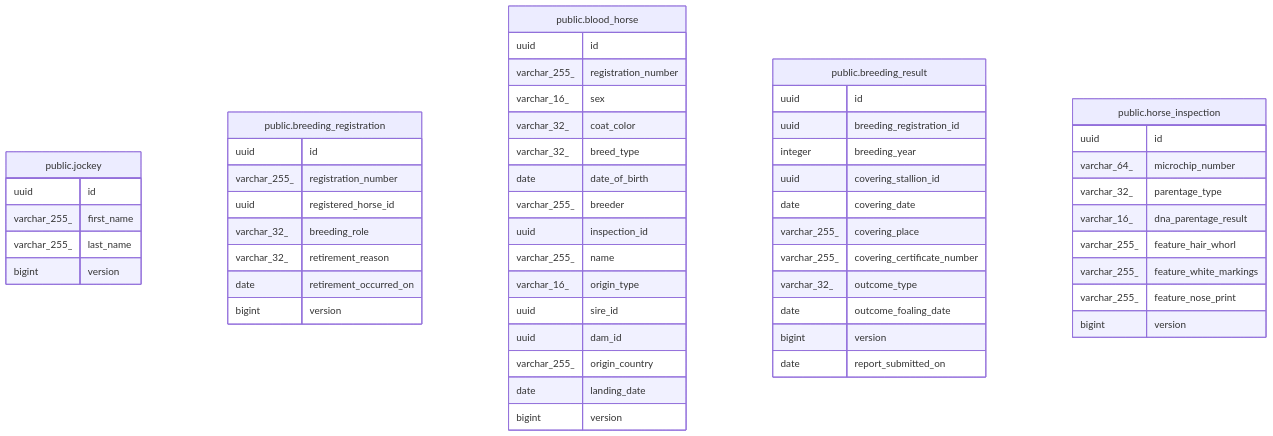
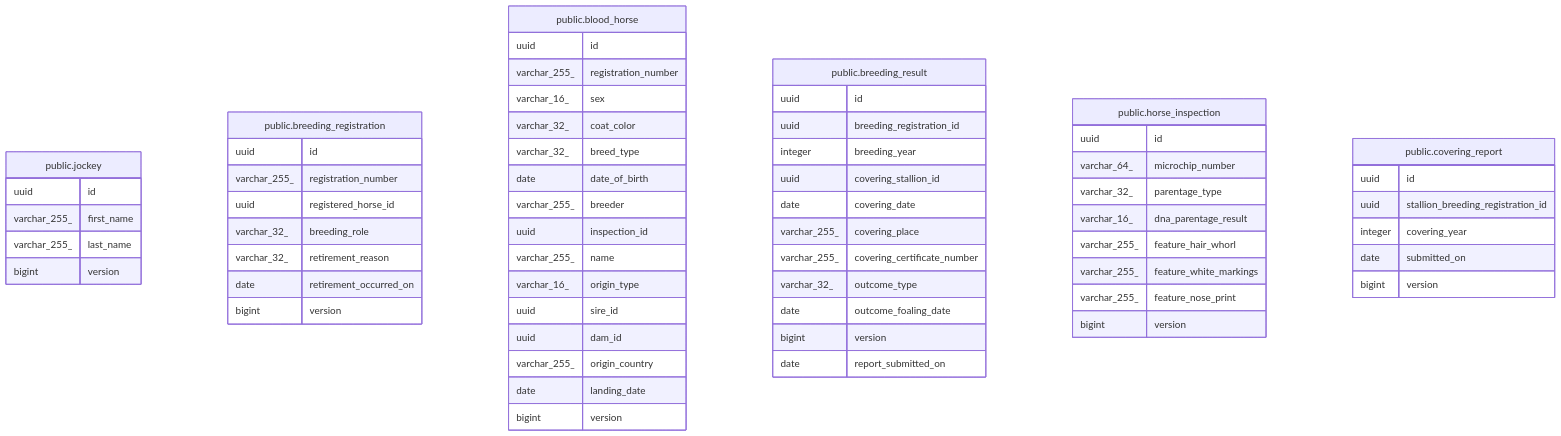
The diagram in dbdoc/README.md (ptiringo/toy-box), drawn with Mermaid before and after one commit. The commit also changed other lines of this file and 6 other files, not shown here.

First line of the commit message:
feat: 種付成績報告の永続化（covering_report テーブル）を追加する(#540)

````diff
--- a/dbdoc/README.md
+++ b/dbdoc/README.md
@@ -15,60 +16,67 @@
 ```mermaid
 erDiagram
 
 
 "public.jockey" {
   uuid id
   varchar_255_ first_name
   varchar_255_ last_name
   bigint version
 }
 "public.breeding_registration" {
   uuid id
   varchar_255_ registration_number
   uuid registered_horse_id
   varchar_32_ breeding_role
   varchar_32_ retirement_reason
   date retirement_occurred_on
   bigint version
 }
 "public.blood_horse" {
   uuid id
   varchar_255_ registration_number
   varchar_16_ sex
   varchar_32_ coat_color
   varchar_32_ breed_type
   date date_of_birth
   varchar_255_ breeder
   uuid inspection_id
   varchar_255_ name
   varchar_16_ origin_type
   uuid sire_id
   uuid dam_id
   varchar_255_ origin_country
   date landing_date
   bigint version
 }
 "public.breeding_result" {
   uuid id
   uuid breeding_registration_id
   integer breeding_year
   uuid covering_stallion_id
   date covering_date
   varchar_255_ covering_place
   varchar_255_ covering_certificate_number
   varchar_32_ outcome_type
   date outcome_foaling_date
   bigint version
   date report_submitted_on
 }
 "public.horse_inspection" {
   uuid id
   varchar_64_ microchip_number
   varchar_32_ parentage_type
   varchar_16_ dna_parentage_result
   varchar_255_ feature_hair_whorl
   varchar_255_ feature_white_markings
   varchar_255_ feature_nose_print
   bigint version
 }
+"public.covering_report" {
+  uuid id
+  uuid stallion_breeding_registration_id
+  integer covering_year
+  date submitted_on
+  bigint version
+}
 ```
````
